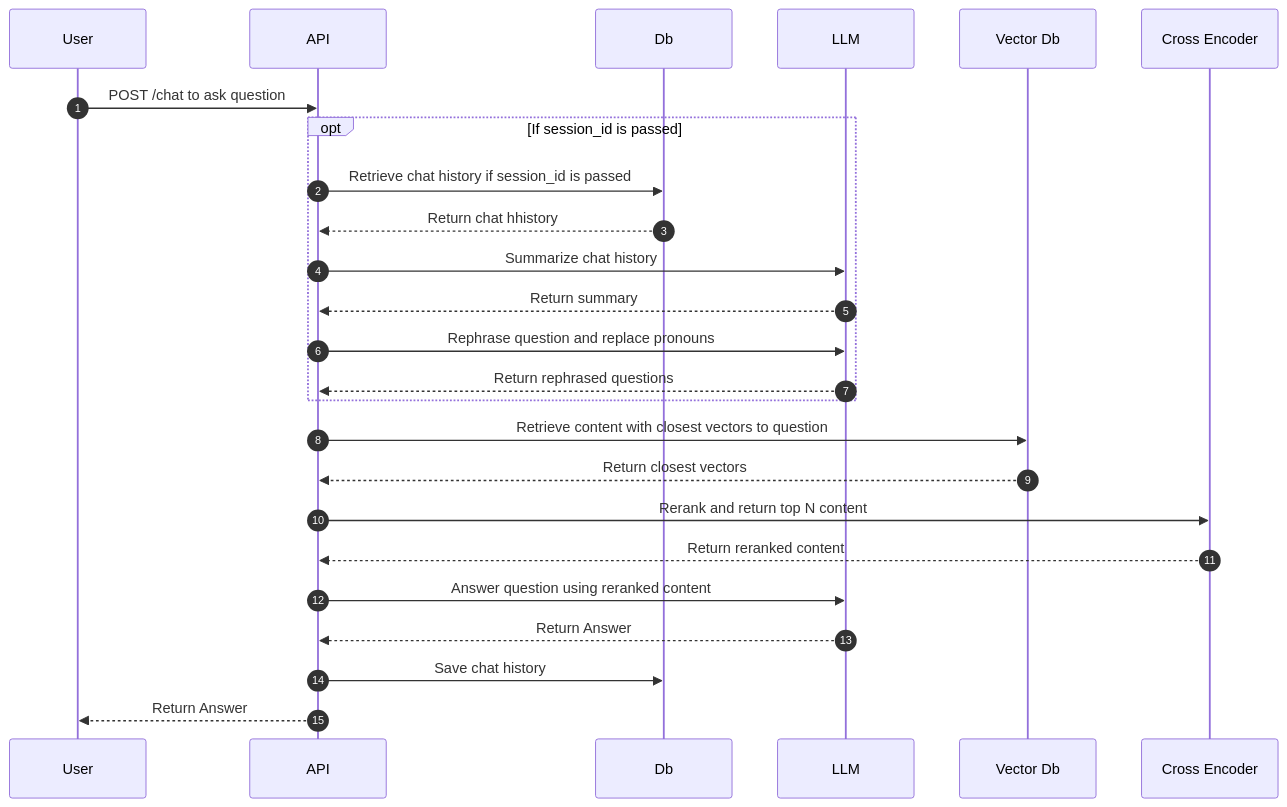
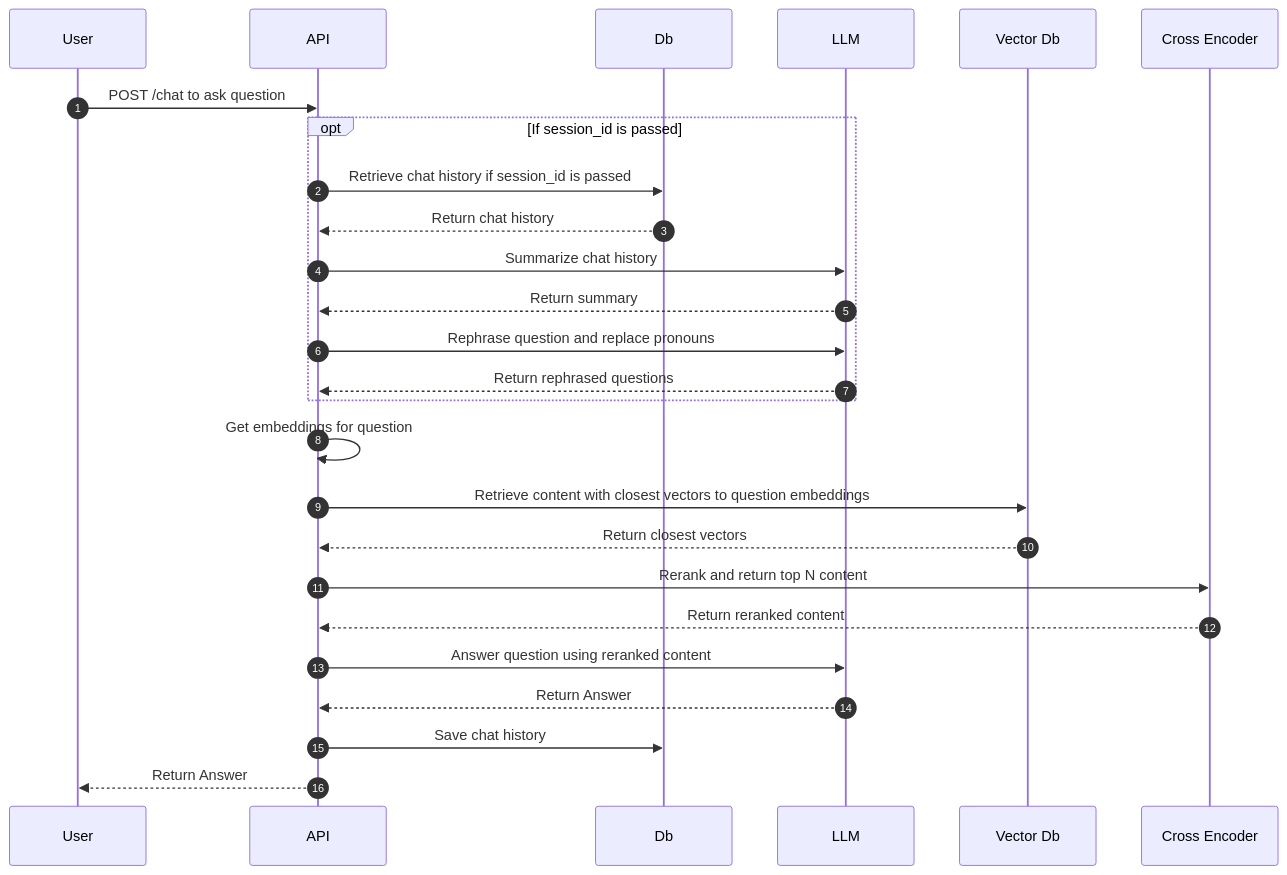
Before and after one commit to robellmh/HCD-AI: the diagram in docs/components/chat.md, drawn with Mermaid. The commit also changed 3 other files, not shown here.

````diff
--- a/docs/components/chat.md
+++ b/docs/components/chat.md
@@ -9,22 +9,23 @@
 ```mermaid
 sequenceDiagram
     autonumber
     User->>API: POST /chat to ask question
     opt If session_id is passed
         API->>Db: Retrieve chat history if session_id is passed
-        Db-->>API: Return chat hhistory
+        Db-->>API: Return chat history
         API->>LLM: Summarize chat history
         LLM-->>API: Return summary
         API->>LLM: Rephrase question and replace pronouns
         LLM-->>API: Return rephrased questions
     end
-    API->>Vector Db: Retrieve content with closest vectors to question
+    API->>API: Get embeddings for question
+    API->>Vector Db: Retrieve content with closest vectors to question embeddings
     Vector Db-->>API: Return closest vectors
     API->>Cross Encoder: Rerank and return top N content
     Cross Encoder-->>API: Return reranked content
     API->>LLM: Answer question using reranked content
     LLM-->>API: Return Answer
     API->>Db: Save chat history
     API-->>User: Return Answer
 
 ```
````
